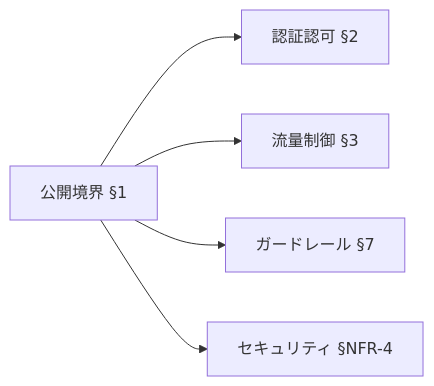
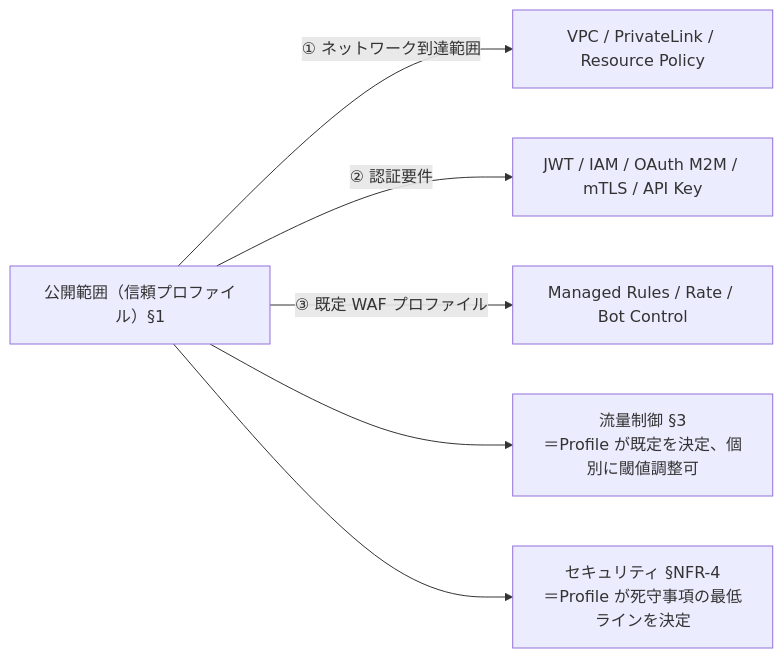
The first of 2 diagrams in doc/api-platform/proposal/fr/01-exposure-boundary.md (suepie/aws-atuh-poc), drawn with Mermaid before and after one commit. The commit also changed other lines of this file and 27 other files, not shown here.

````diff
--- a/doc/api-platform/proposal/fr/01-exposure-boundary.md
+++ b/doc/api-platform/proposal/fr/01-exposure-boundary.md
@@ -30,7 +31,10 @@
 ```mermaid
 flowchart LR
-    Boundary[公開境界 §1] --> AuthN[認証認可 §2]
-    Boundary --> Rate[流量制御 §3]
-    Boundary --> Guard[ガードレール §7]
-    Boundary --> Sec[セキュリティ §NFR-4]
+    Profile[公開範囲（信頼プロファイル）§1]
+    Profile -->|① ネットワーク到達範囲| Net[VPC / PrivateLink / Resource Policy]
+    Profile -->|② 認証要件| AuthN[JWT / IAM / OAuth M2M / mTLS / API Key]
+    Profile -->|③ 既定 WAF プロファイル| WAF[Managed Rules / Rate / Bot Control]
+
+    Profile --> Rate[流量制御 §3<br/>＝Profile が既定を決定、個別に閾値調整可]
+    Profile --> Sec[セキュリティ §NFR-4<br/>＝Profile が死守事項の最低ラインを決定]
 ```
````
